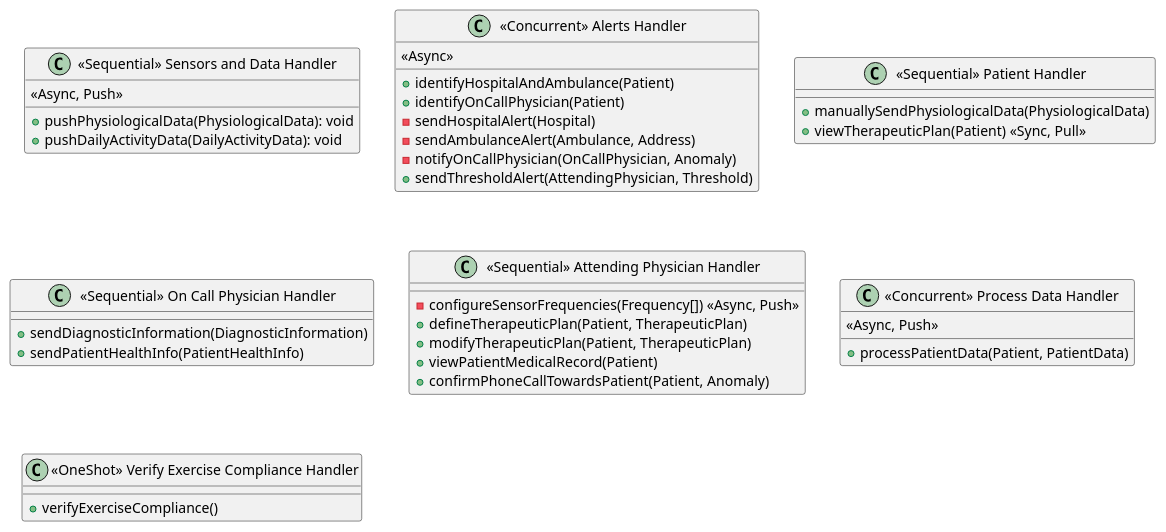
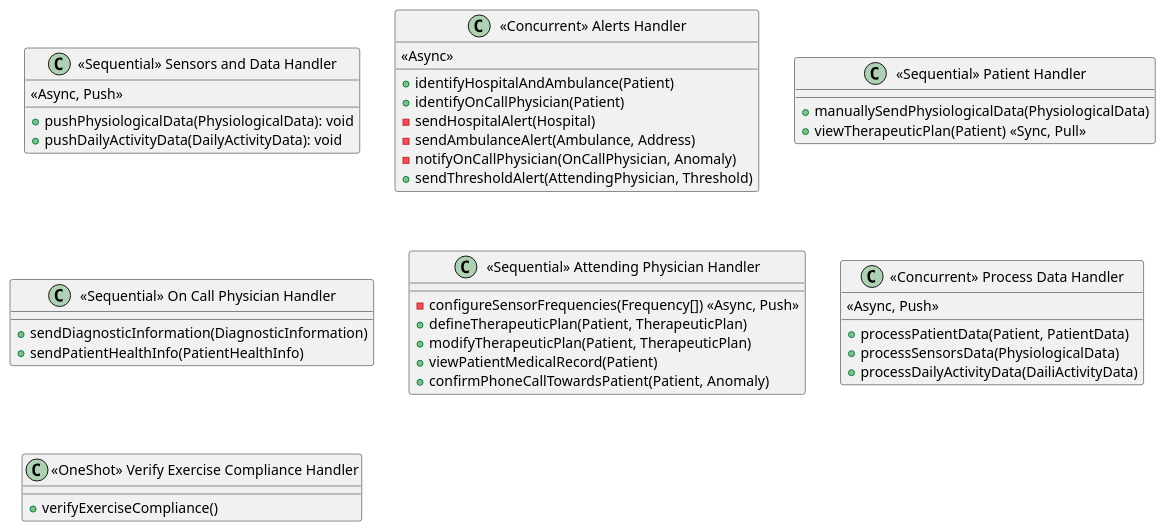
Before and after one commit to koalas11/Software-Architecture-Project: the diagram in diagrams/concrete_diagram.plantuml, drawn with PlantUML. The commit also changed 2 other files, not shown here.

```diff
--- a/diagrams/concrete_diagram.plantuml
+++ b/diagrams/concrete_diagram.plantuml
@@ -1,46 +1,48 @@
 @startuml data_diagram
 
 class "<<Sequential>> Sensors and Data Handler" as C1 {
   <<Async, Push>>
   + pushPhysiologicalData(PhysiologicalData): void
   + pushDailyActivityData(DailyActivityData): void
 }
 
 class "<<Concurrent>> Alerts Handler" as C2 {
   +identifyHospitalAndAmbulance(Patient)
   +identifyOnCallPhysician(Patient)
   <<Async>>
   -sendHospitalAlert(Hospital)
   -sendAmbulanceAlert(Ambulance, Address)
   -notifyOnCallPhysician(OnCallPhysician, Anomaly)
   +sendThresholdAlert(AttendingPhysician, Threshold)
 }
 
 class "<<Sequential>> Patient Handler" as C3 {
   +manuallySendPhysiologicalData(PhysiologicalData)
   +viewTherapeuticPlan(Patient) <<Sync, Pull>>
 }
 
 class "<<Sequential>> On Call Physician Handler" as C4 {
   +sendDiagnosticInformation(DiagnosticInformation)
   +sendPatientHealthInfo(PatientHealthInfo)
 }
 
 class "<<Sequential>> Attending Physician Handler" as C5 {
   -configureSensorFrequencies(Frequency[]) <<Async, Push>>
   +defineTherapeuticPlan(Patient, TherapeuticPlan)
   +modifyTherapeuticPlan(Patient, TherapeuticPlan)
   +viewPatientMedicalRecord(Patient)
   +confirmPhoneCallTowardsPatient(Patient, Anomaly)
 }
 
 class "<<Concurrent>> Process Data Handler" as C6 {
   <<Async, Push>>
   +processPatientData(Patient, PatientData)
+  +processSensorsData(PhysiologicalData)
+  +processDailyActivityData(DailiActivityData)
 }
 
 class "<<OneShot>> Verify Exercise Compliance Handler" as C7 {
   +verifyExerciseCompliance()
 }
 
 @enduml
```
